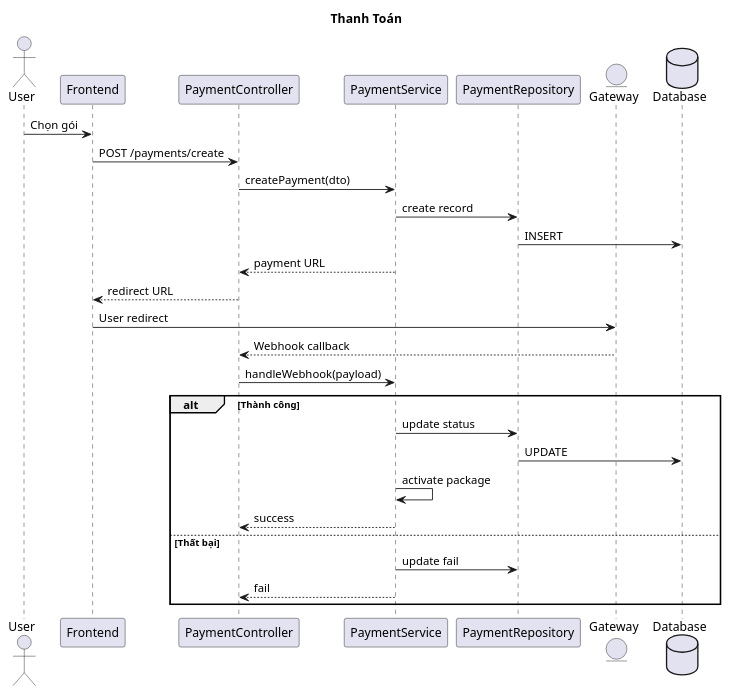
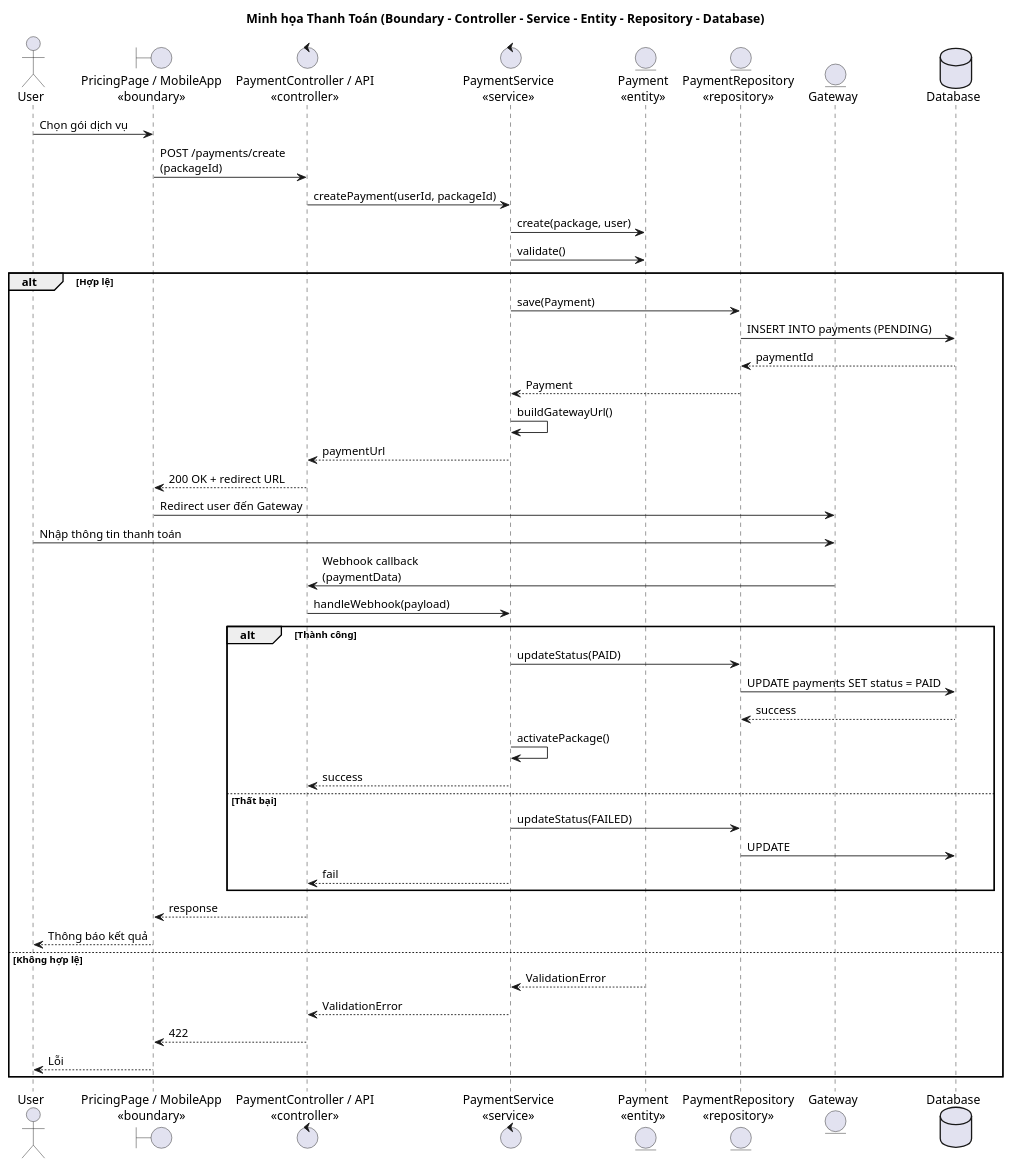
The diagram in docs/sequence-diagram-thanh-toan.md (BuiThaiBao/Propify), drawn with PlantUML before and after one commit. The commit also changed other lines of this file and 12 other files, not shown here.

Commit message:
feat: update sequence diagrams to include detailed interactions and 3-layer architecture representation

````diff
--- a/docs/sequence-diagram-thanh-toan.md
+++ b/docs/sequence-diagram-thanh-toan.md
@@ -3,33 +3,51 @@
 ```plantuml
 @startuml
-title Thanh Toán
+title Minh họa Thanh Toán (Boundary - Controller - Service - Entity - Repository - Database)
 
 actor "User" as User
-participant "Frontend" as FE
-participant "PaymentController" as Controller
-participant "PaymentService" as Service
-participant "PaymentRepository" as Repo
-entity "Gateway" as GW
+boundary "PricingPage / MobileApp\n«boundary»" as FE
+control "PaymentController / API\n«controller»" as Controller
+control "PaymentService\n«service»" as Service
+entity "Payment\n«entity»" as PaymentEntity
+entity "PaymentRepository\n«repository»" as Repo
+entity "Gateway" as Gateway
 database "Database" as DB
 
-User -> FE: Chọn gói
-FE -> Controller: POST /payments/create
-Controller -> Service: createPayment(dto)
-Service -> Repo: create record
-Repo -> DB: INSERT
-Service --> Controller: payment URL
-Controller --> FE: redirect URL
-FE -> GW: User redirect
-GW --> Controller: Webhook callback
-Controller -> Service: handleWebhook(payload)
-alt Thành công
-  Service -> Repo: update status
-  Repo -> DB: UPDATE
-  Service -> Service: activate package
-  Service --> Controller: success
-else Thất bại
-  Service -> Repo: update fail
-  Service --> Controller: fail
+User -> FE: Chọn gói dịch vụ
+FE -> Controller: POST /payments/create\n(packageId)
+Controller -> Service: createPayment(userId, packageId)
+Service -> PaymentEntity: create(package, user)
+Service -> PaymentEntity: validate()
+alt Hợp lệ
+  Service -> Repo: save(Payment)
+  Repo -> DB: INSERT INTO payments (PENDING)
+  DB --> Repo: paymentId
+  Repo --> Service: Payment
+  Service -> Service: buildGatewayUrl()
+  Service --> Controller: paymentUrl
+  Controller --> FE: 200 OK + redirect URL
+  FE -> Gateway: Redirect user đến Gateway
+  User -> Gateway: Nhập thông tin thanh toán
+  Gateway -> Controller: Webhook callback\n(paymentData)
+  Controller -> Service: handleWebhook(payload)
+  alt Thành công
+    Service -> Repo: updateStatus(PAID)
+    Repo -> DB: UPDATE payments SET status = PAID
+    DB --> Repo: success
+    Service -> Service: activatePackage()
+    Service --> Controller: success
+  else Thất bại
+    Service -> Repo: updateStatus(FAILED)
+    Repo -> DB: UPDATE
+    Service --> Controller: fail
+  end
+  Controller --> FE: response
+  FE --> User: Thông báo kết quả
+else Không hợp lệ
+  PaymentEntity --> Service: ValidationError
+  Service --> Controller: ValidationError
+  Controller --> FE: 422
+  FE --> User: Lỗi
 end
 @enduml
 ```
````
